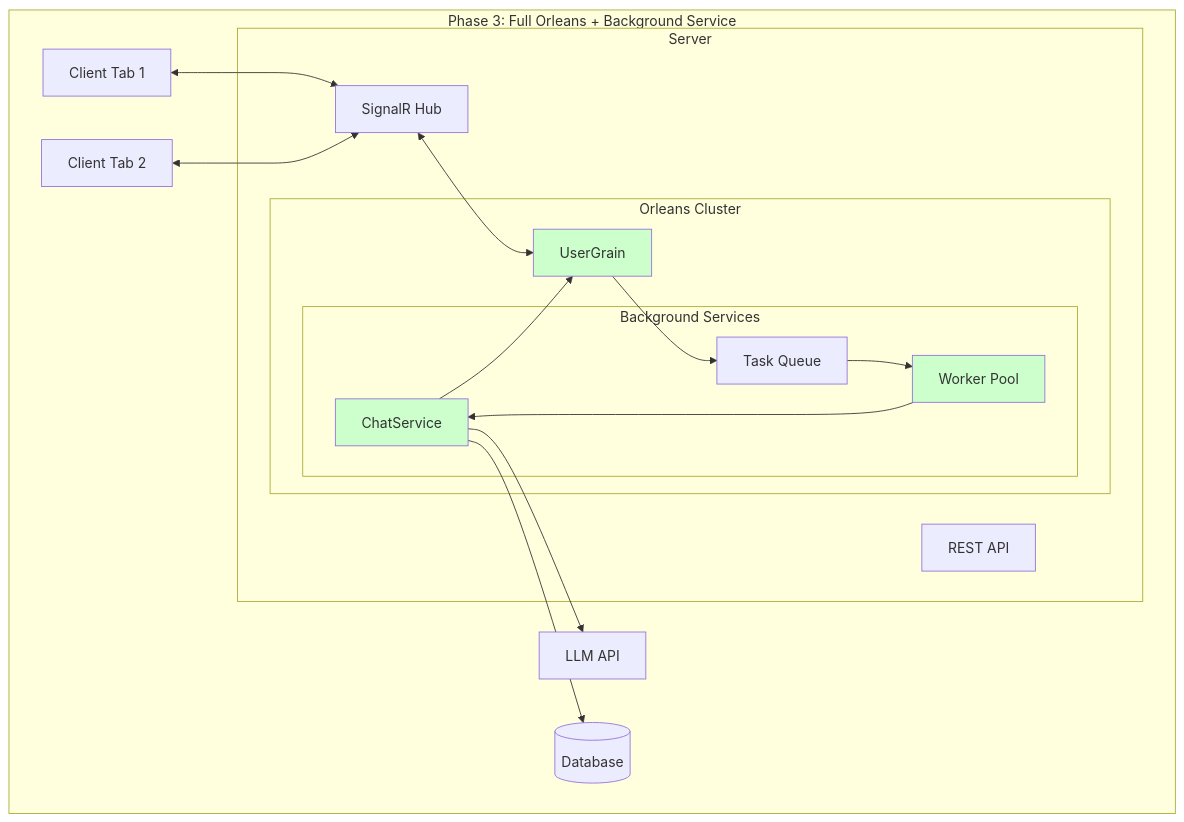
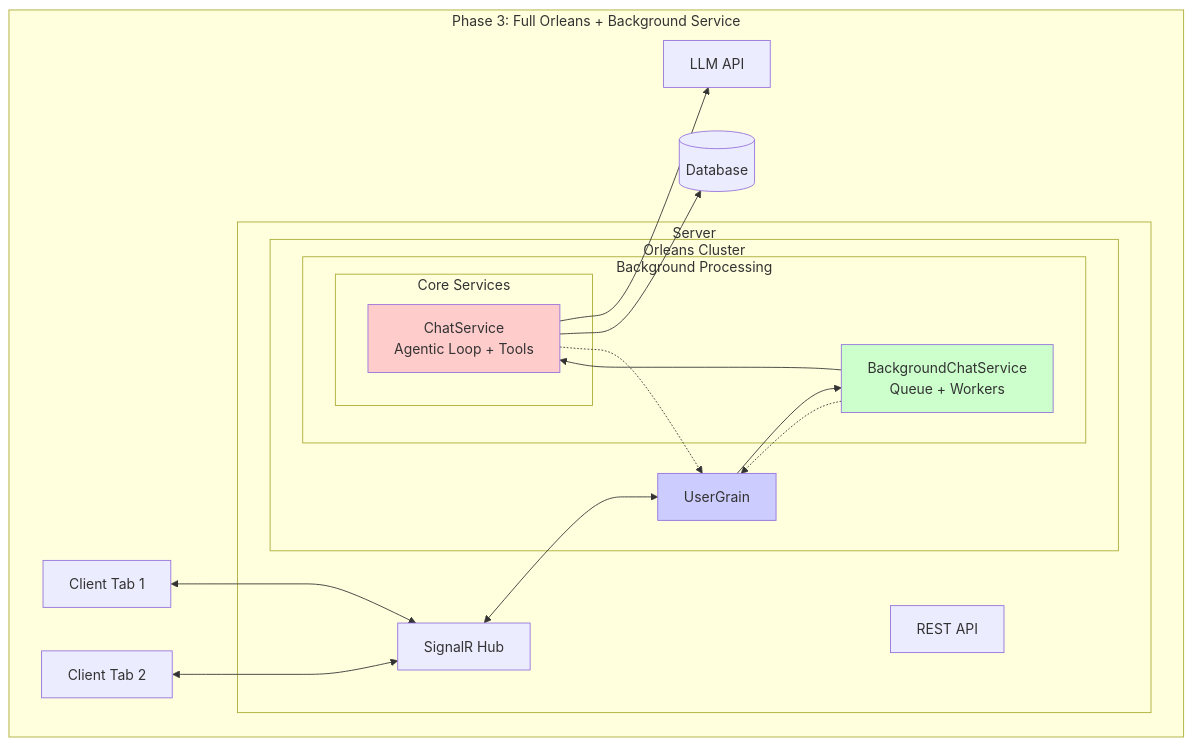
Diagram 12 of 17 in docs/features/orleans-grain-integration/design.md (bonbon-on-fire/doc_project_2025), drawn with Mermaid before and after one commit. The commit also changed other lines of this file and 16 other files, not shown here.

````diff
--- a/docs/features/orleans-grain-integration/design.md
+++ b/docs/features/orleans-grain-integration/design.md
@@ -1552,40 +1623,42 @@
 ```mermaid
 graph TB
     subgraph "Phase 3: Full Orleans + Background Service"
         Client1[Client Tab 1]
         Client2[Client Tab 2]
         
         subgraph "Server"
             API[REST API]
             Hub[SignalR Hub]
             
             subgraph "Orleans Cluster"
                 UG[UserGrain]
                 
-                subgraph "Background Services"
-                    CS[ChatService]
-                    Queue[Task Queue]
-                    Worker[Worker Pool]
+                subgraph "Background Processing"
+                    BGS[BackgroundChatService<br/>Queue + Workers]
+                    
+                    subgraph "Core Services"
+                        CS[ChatService<br/>Agentic Loop + Tools]
+                    end
                 end
             end
         end
         
         LLM[LLM API]
         DB[(Database)]
         
         Client1 <--> Hub
         Client2 <--> Hub
         
         Hub <--> UG
-        UG --> Queue
-        Queue --> Worker
-        Worker --> CS
+        UG --> BGS
+        BGS --> CS
         CS --> LLM
         CS --> DB
-        CS --> UG
+        CS -.-> UG
+        BGS -.-> UG
         
-        style CS fill:#ccffcc
-        style UG fill:#ccffcc
-        style Worker fill:#ccffcc
+        style CS fill:#ffcccc
+        style BGS fill:#ccffcc
+        style UG fill:#ccccff
     end
 ```
````
